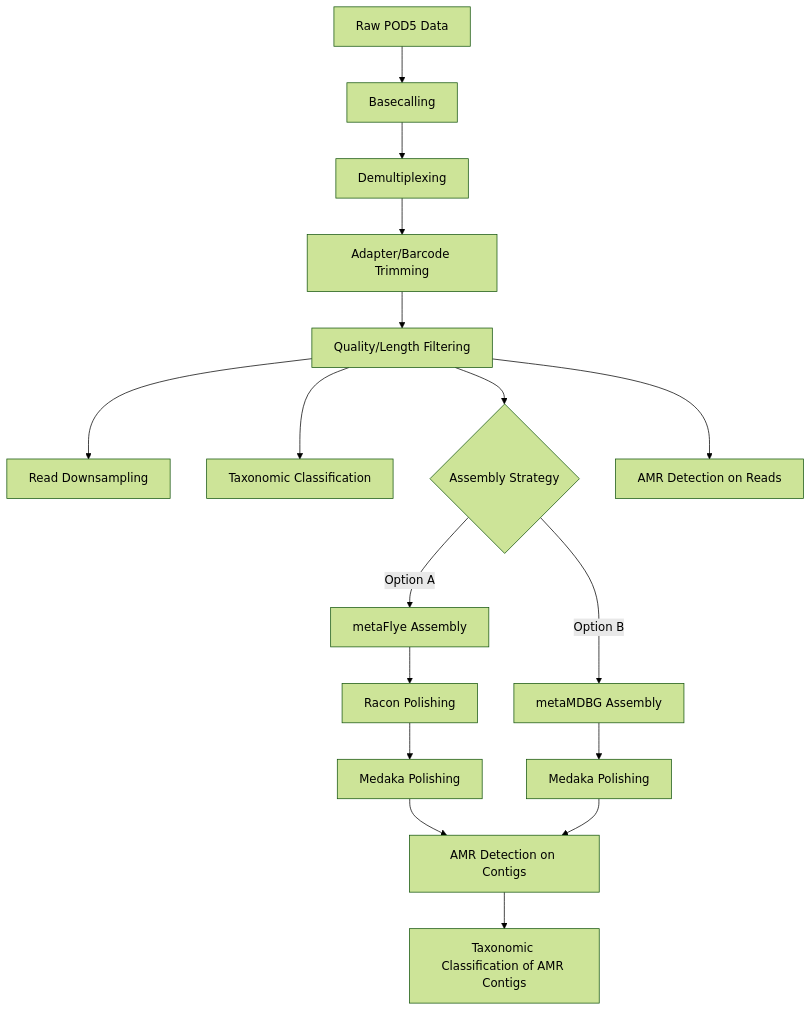
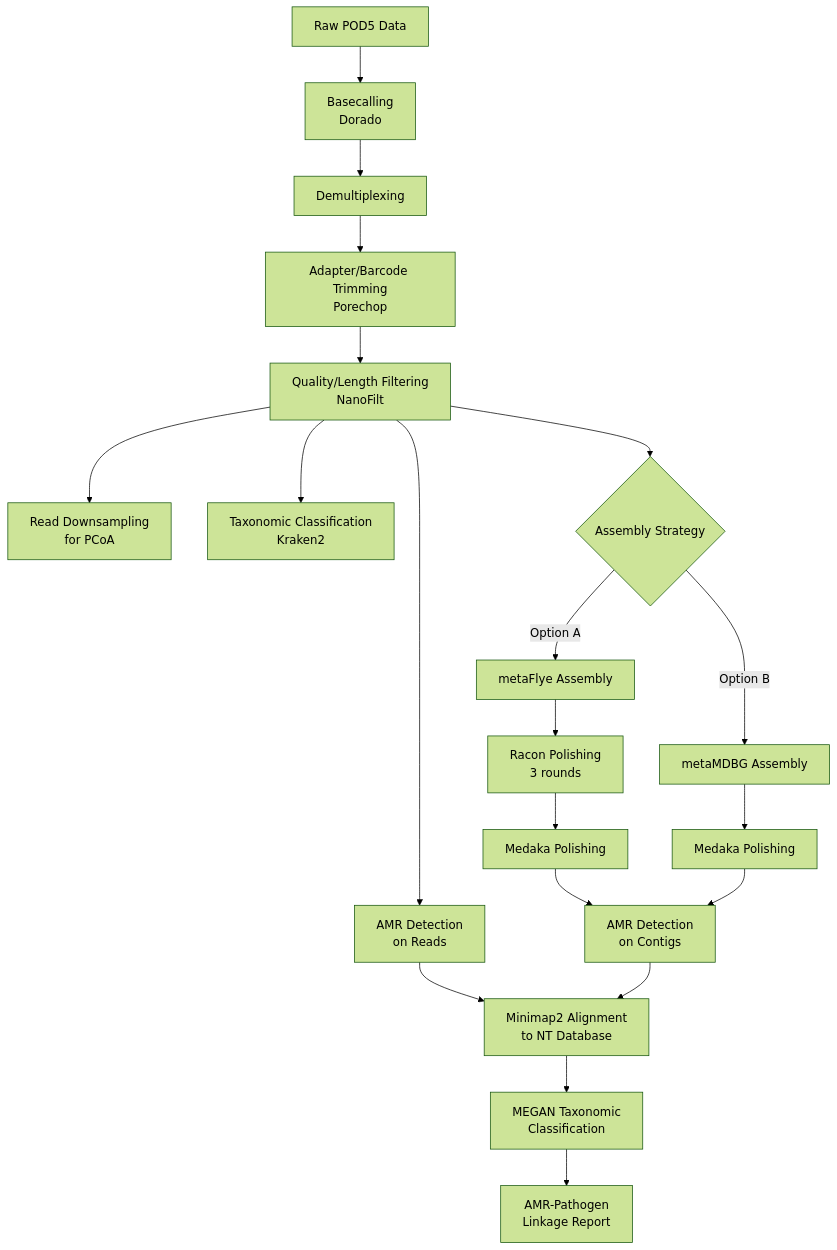
Before and after one commit to ttmgr/Wetland_Health: the diagram in dna_shotgun_analysis_pipeline.md, drawn with Mermaid (forest theme).

````diff
--- a/dna_shotgun_analysis_pipeline.md
+++ b/dna_shotgun_analysis_pipeline.md
@@ -35,19 +35,22 @@
 ```mermaid
 graph TD
-    A[Raw POD5 Data] --> B[Basecalling]
+    A[Raw POD5 Data] --> B[Basecalling<br/>Dorado]
     B --> C[Demultiplexing]
-    C --> D[Adapter/Barcode Trimming]
-    D --> E[Quality/Length Filtering]
-    E --> F[Read Downsampling]
-    E --> G[Taxonomic Classification]
+    C --> D[Adapter/Barcode Trimming<br/>Porechop]
+    D --> E[Quality/Length Filtering<br/>NanoFilt]
+    E --> F[Read Downsampling<br/>for PCoA]
+    E --> G[Taxonomic Classification<br/>Kraken2]
     E --> H{Assembly Strategy}
     H -->|Option A| I[metaFlye Assembly]
     H -->|Option B| J[metaMDBG Assembly]
-    I --> K[Racon Polishing]
+    I --> K[Racon Polishing<br/>3 rounds]
     K --> L[Medaka Polishing]
     J --> M[Medaka Polishing]
-    E --> N[AMR Detection on Reads]
-    L --> O[AMR Detection on Contigs]
+    E --> N[AMR Detection<br/>on Reads]
+    L --> O[AMR Detection<br/>on Contigs]
     M --> O
-    O --> P[Taxonomic Classification of AMR Contigs]
+    N --> P[Minimap2 Alignment<br/>to NT Database]
+    O --> P
+    P --> Q[MEGAN Taxonomic<br/>Classification]
+    Q --> R[AMR-Pathogen<br/>Linkage Report]
 ```
````
